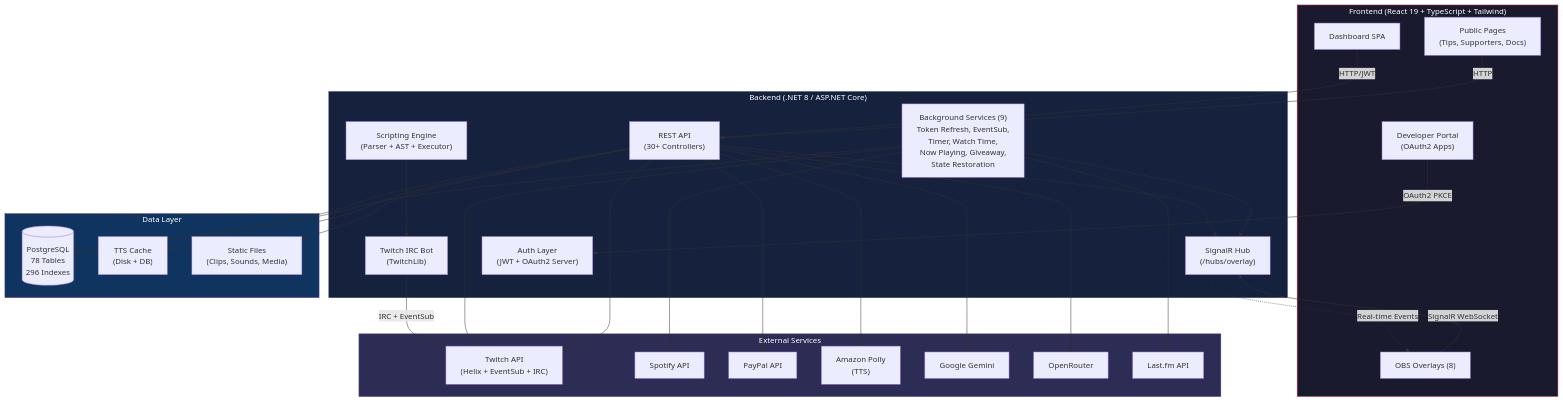
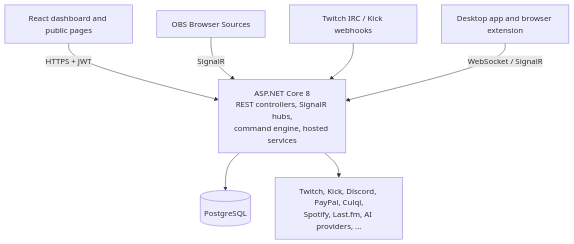
Before and after one commit to decatrondev/decatron: the diagram in README.md, drawn with Mermaid. The commit also changed other lines of this file and 3 other files, not shown here.

````diff
--- a/README.md
+++ b/README.md
@@ -96,64 +107,17 @@
 ```mermaid
 graph TD
-    subgraph Frontend["Frontend (React 19 + TypeScript + Tailwind)"]
-        SPA["Dashboard SPA"]
-        OV["OBS Overlays (8)"]
-        PUB["Public Pages<br/>(Tips, Supporters, Docs)"]
-        DEV["Developer Portal<br/>(OAuth2 Apps)"]
-    end
+    OBS["OBS Browser Sources"]
+    SPA["React dashboard and public pages"]
+    Chat["Twitch IRC / Kick webhooks"]
+    Ext["Desktop app and browser extension"]
+    API["ASP.NET Core 8<br/>REST controllers, SignalR hubs,<br/>command engine, hosted services"]
+    DB[("PostgreSQL")]
+    Ext2["Twitch, Kick, Discord, PayPal, Culqi,<br/>Spotify, Last.fm, AI providers, ..."]
 
-    subgraph Backend["Backend (.NET 8 / ASP.NET Core)"]
-        API["REST API<br/>(30+ Controllers)"]
-        HUB["SignalR Hub<br/>(/hubs/overlay)"]
-        BOT["Twitch IRC Bot<br/>(TwitchLib)"]
-        BG["Background Services (9)<br/>Token Refresh, EventSub,<br/>Timer, Watch Time,<br/>Now Playing, Giveaway,<br/>State Restoration"]
-        SCRIPT["Scripting Engine<br/>(Parser + AST + Executor)"]
-        AUTH["Auth Layer<br/>(JWT + OAuth2 Server)"]
-    end
-
-    subgraph Data["Data Layer"]
-        PG[("PostgreSQL<br/>78 Tables<br/>296 Indexes")]
-        CACHE["TTS Cache<br/>(Disk + DB)"]
-        FILES["Static Files<br/>(Clips, Sounds, Media)"]
-    end
-
-    subgraph External["External Services"]
-        TW["Twitch API<br/>(Helix + EventSub + IRC)"]
-        SP["Spotify API"]
-        PP["PayPal API"]
-        POLLY["Amazon Polly<br/>(TTS)"]
-        AI_G["Google Gemini"]
-        AI_OR["OpenRouter"]
-        LFM["Last.fm API"]
-    end
-
-    SPA -->|HTTP/JWT| API
-    OV -->|SignalR WebSocket| HUB
-    PUB -->|HTTP| API
-    DEV -->|OAuth2 PKCE| AUTH
-
-    API --> PG
-    API --> HUB
-    BOT -->|IRC + EventSub| TW
-    BG --> PG
-    BG --> HUB
-    BG --> TW
-    BG --> SP
-    BG --> LFM
-    SCRIPT --> BOT
-
-    API --> POLLY
-    API --> AI_G
-    API --> AI_OR
-    API --> PP
-    API --> TW
-    API --> CACHE
-    API --> FILES
-
-    HUB -.->|Real-time Events| OV
-
-    style Frontend fill:#1a1a2e,stroke:#e94560,color:#fff
-    style Backend fill:#16213e,stroke:#0f3460,color:#fff
-    style Data fill:#0f3460,stroke:#533483,color:#fff
-    style External fill:#2c2c54,stroke:#474787,color:#fff
+    SPA -->|HTTPS + JWT| API
+    OBS -->|SignalR| API
+    Chat --> API
+    Ext -->|WebSocket / SignalR| API
+    API --> DB
+    API --> Ext2
 ```
````
